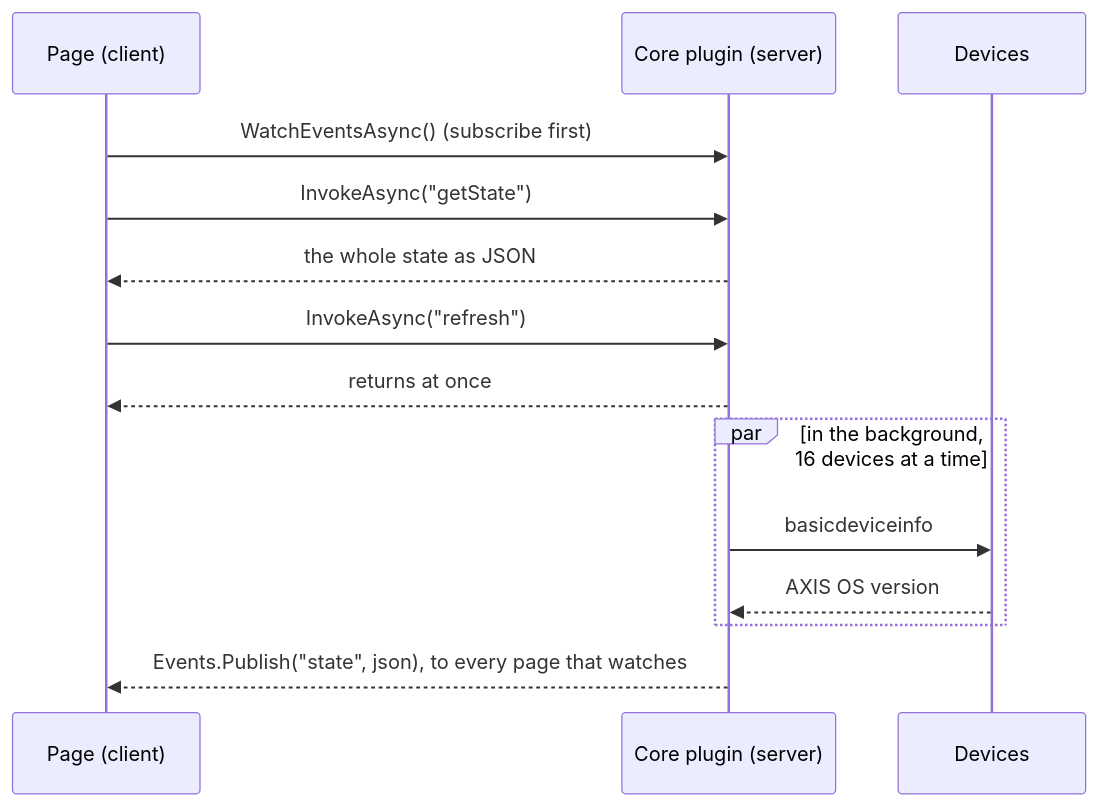
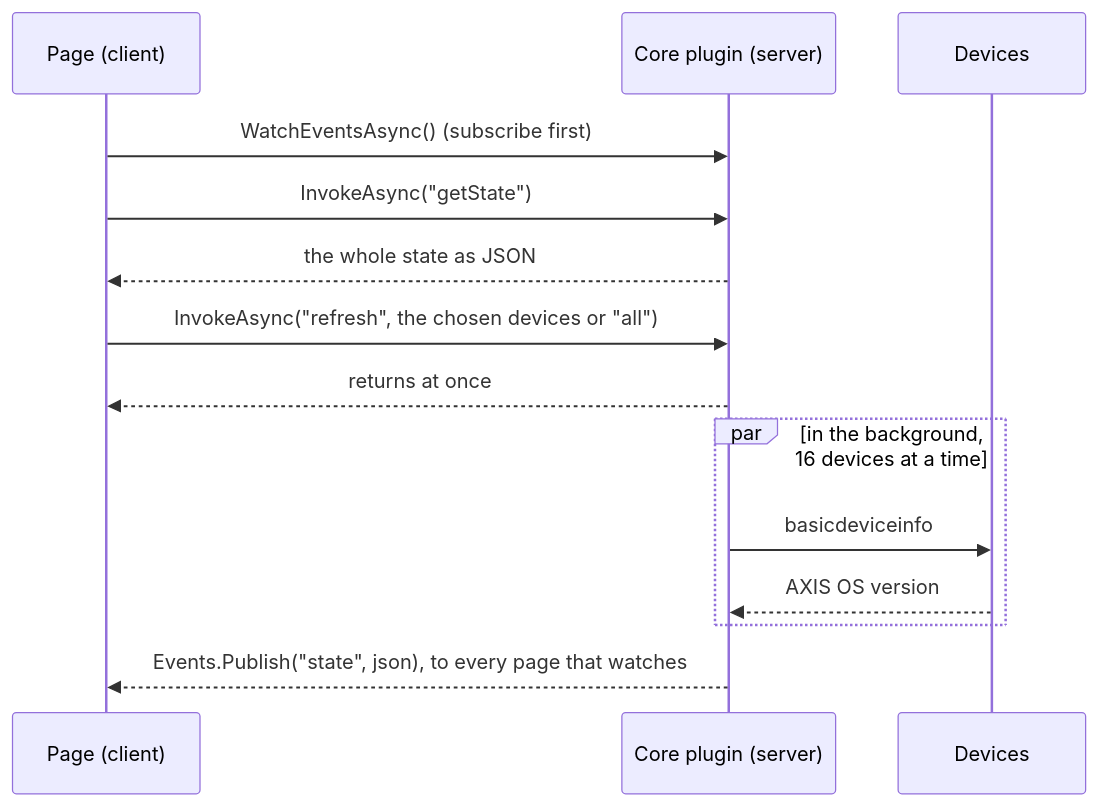
The diagram in website/src/content/docs/dev/tutorial-page.mdx (Cacsjep/oadm), drawn with Mermaid before and after one commit. The commit also changed other lines of this file and 19 other files, not shown here.

````diff
--- a/website/src/content/docs/dev/tutorial-page.mdx
+++ b/website/src/content/docs/dev/tutorial-page.mdx
@@ -58,16 +58,16 @@
 ```mermaid
 sequenceDiagram
     participant Page as Page (client)
     participant Plugin as Core plugin (server)
     participant Devices
     Page->>Plugin: WatchEventsAsync() (subscribe first)
     Page->>Plugin: InvokeAsync("getState")
     Plugin-->>Page: the whole state as JSON
-    Page->>Plugin: InvokeAsync("refresh")
+    Page->>Plugin: InvokeAsync("refresh", the chosen devices or "all")
     Plugin-->>Page: returns at once
     par in the background, 16 devices at a time
         Plugin->>Devices: basicdeviceinfo
         Devices-->>Plugin: AXIS OS version
     end
     Plugin-->>Page: Events.Publish("state", json), to every page that watches
 ```
````
